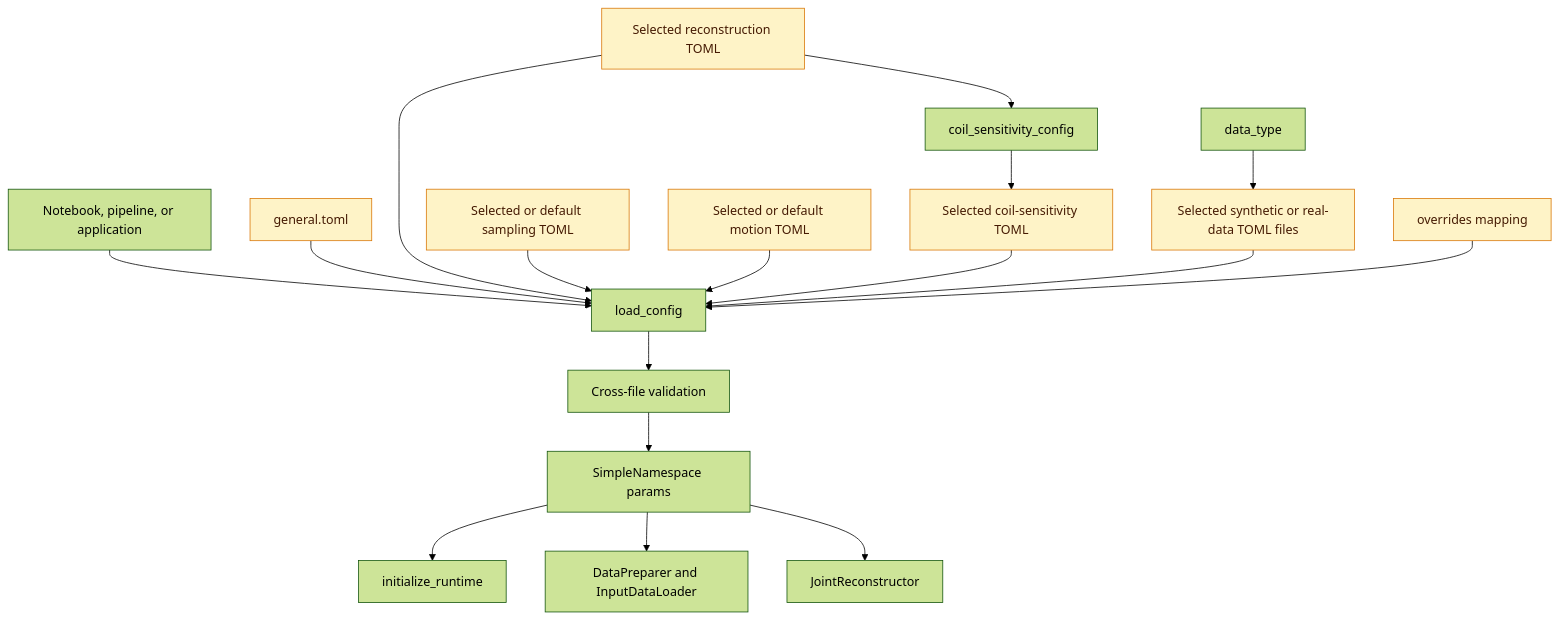
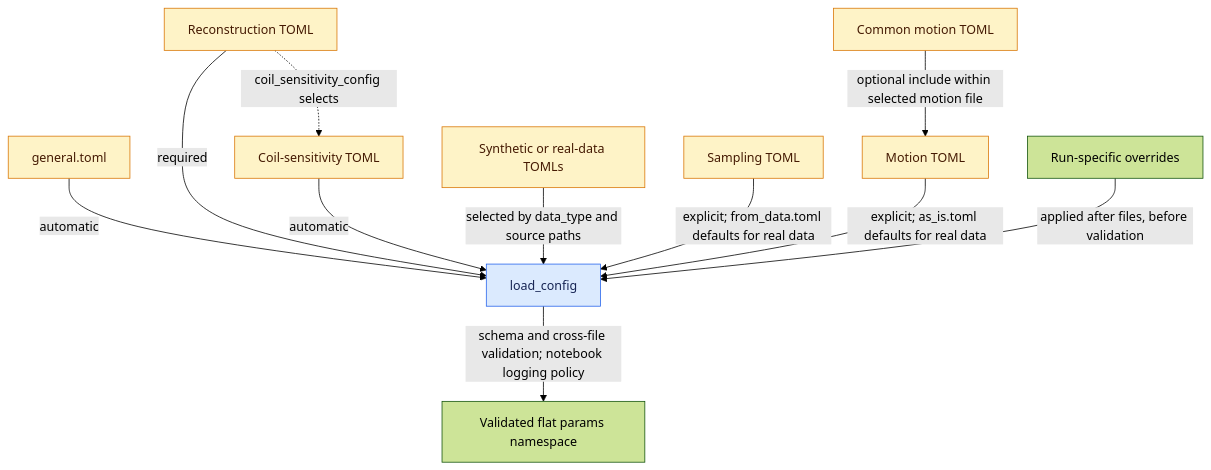
One commit to IADI-Nancy/GRICS-torch changed the diagram in docs/architecture/configuration.md. Above: the diagram before and after it, drawn with Mermaid (forest theme). The commit also changed other lines of this file and 3 other files, not shown here.

````diff
--- a/docs/architecture/configuration.md
+++ b/docs/architecture/configuration.md
@@ -71,22 +8,18 @@
 ```mermaid
 flowchart TD
-    Entry[Notebook, pipeline, or application] --> Call[load_config]
-    General[general.toml] --> Call
-    Reconstruction[Selected reconstruction TOML] --> Call
-    Reconstruction --> Selector[coil_sensitivity_config]
-    Selector --> Coil[Selected coil-sensitivity TOML]
-    DataType[data_type] --> Source[Selected synthetic or real-data TOML files]
-    Sampling[Selected or default sampling TOML] --> Call
-    Motion[Selected or default motion TOML] --> Call
-    Coil --> Call
-    Source --> Call
-    Overrides[overrides mapping] --> Call
-    Call --> Validation[Cross-file validation]
-    Validation --> Params[SimpleNamespace params]
-    Params --> Runtime[initialize_runtime]
-    Params --> Preprocessing[DataPreparer and InputDataLoader]
-    Params --> ReconstructionCode[JointReconstructor]
+    General[general.toml] -->|automatic| Load[load_config]
+    Reconstruction[Reconstruction TOML] -->|required| Load
+    Reconstruction -.->|coil_sensitivity_config selects| Coil[Coil-sensitivity TOML]
+    Coil -->|automatic| Load
+    Source[Synthetic or real-data TOMLs] -->|selected by data_type and source paths| Load
+    Sampling[Sampling TOML] -->|explicit; from_data.toml defaults for real data| Load
+    Motion[Motion TOML] -->|explicit; as_is.toml defaults for real data| Load
+    Common[Common motion TOML] -->|optional include within selected motion file| Motion
+    Overrides[Run-specific overrides] -->|applied after files, before validation| Load
+    Load -->|schema and cross-file validation; notebook logging policy| Params[Validated flat params namespace]
 
-    classDef config fill:#fef3c7,stroke:#d97706,color:#451a03
-    class General,Reconstruction,Coil,Source,Sampling,Motion,Overrides config
+    classDef pythonClass fill:#dbeafe,stroke:#2563eb,color:#172554
+    classDef inputFile fill:#fef3c7,stroke:#d97706,color:#451a03
+    class Load pythonClass
+    class General,Reconstruction,Coil,Source,Sampling,Motion,Common inputFile
 ```
````
